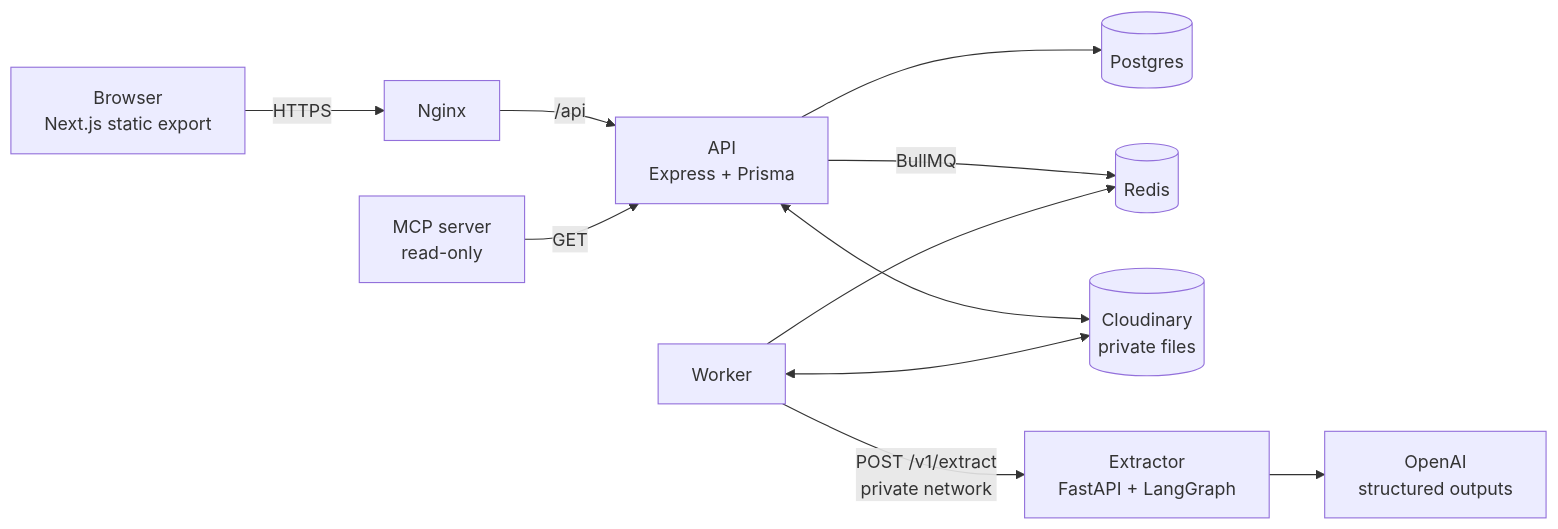
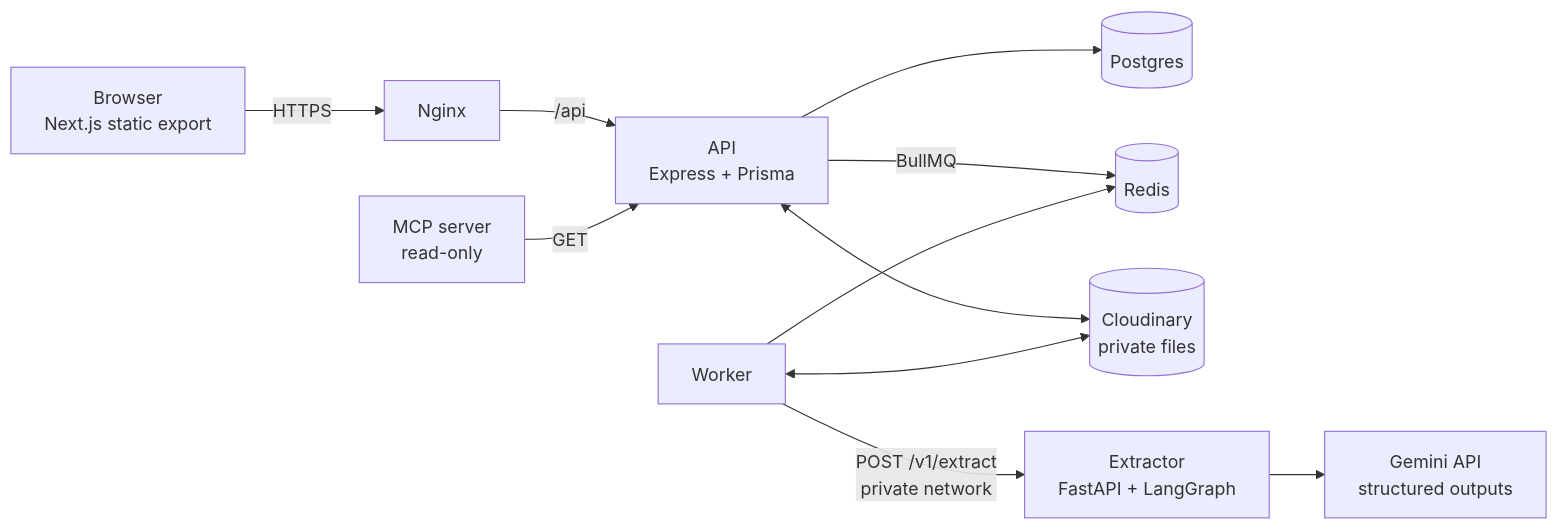
The diagram in README.md (sundram7865/VeriBill), drawn with Mermaid before and after one commit. The commit also changed other lines of this file and 10 other files, not shown here.

````diff
--- a/README.md
+++ b/README.md
@@ -10,13 +10,13 @@
 ```mermaid
 flowchart LR
   B[Browser<br/>Next.js static export] -->|HTTPS| N[Nginx]
   N -->|/api| A[API<br/>Express + Prisma]
   A --> P[(Postgres)]
   A -->|BullMQ| R[(Redis)]
   A <--> C[(Cloudinary<br/>private files)]
   W[Worker] --> R
   W <--> C
   W -->|POST /v1/extract<br/>private network| X[Extractor<br/>FastAPI + LangGraph]
-  X --> O[OpenAI<br/>structured outputs]
+  X --> O[Gemini API<br/>structured outputs]
   M[MCP server<br/>read-only] -->|GET| A
 ```
````
